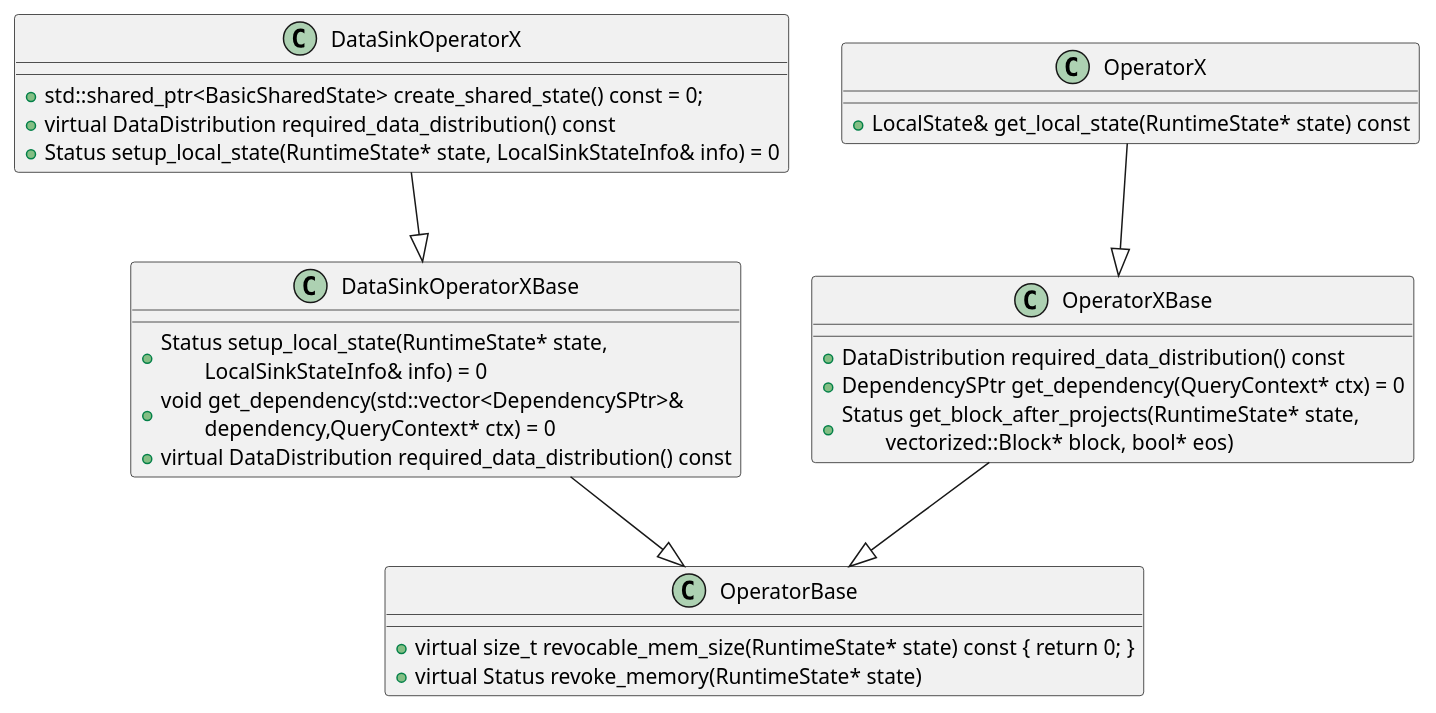
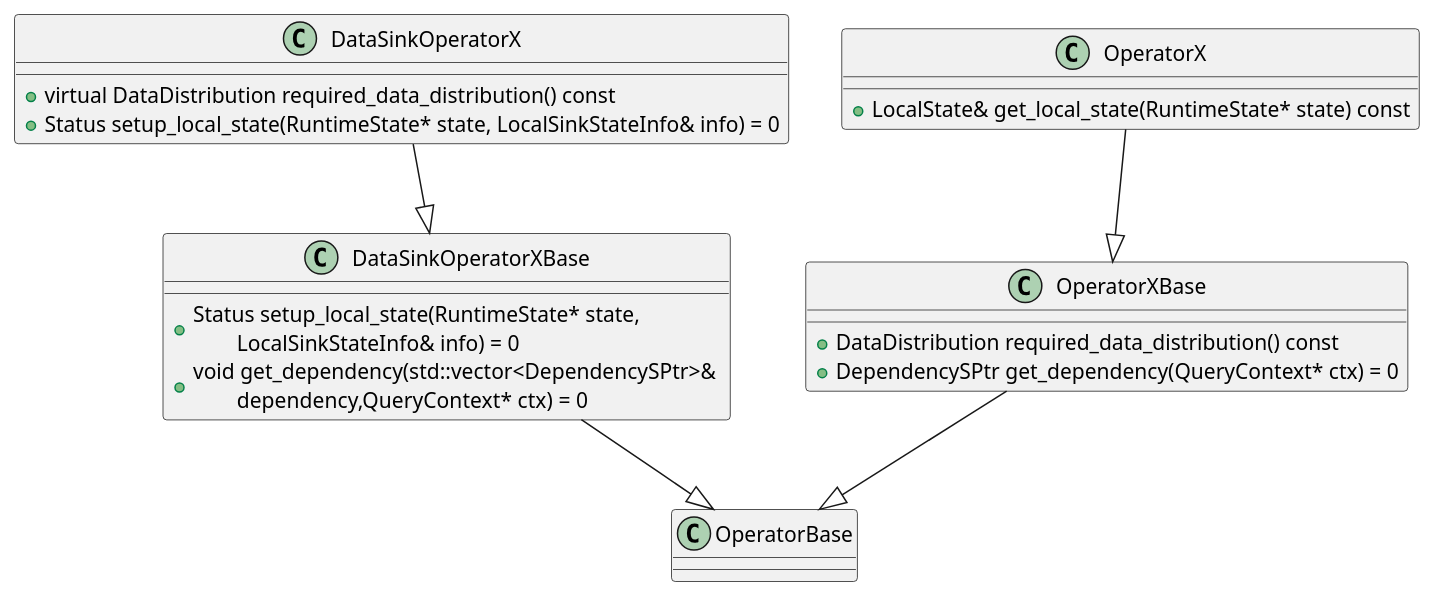
One commit to DepInjoy/geektime changed the second of 6 diagrams in doc/DB/Doris/SourceRead/11_04_Exec_OperatorX.md. Above: the diagram before and after it, drawn with PlantUML. The commit also changed other lines of this file and 2 other files, not shown here.

````diff
--- a/doc/DB/Doris/SourceRead/11_04_Exec_OperatorX.md
+++ b/doc/DB/Doris/SourceRead/11_04_Exec_OperatorX.md
@@ -3,37 +74,36 @@
 ```plantuml
 @startuml
 class DataSinkOperatorX {
-    + std::shared_ptr<BasicSharedState> create_shared_state() const = 0;
+    
     + virtual DataDistribution required_data_distribution() const
     + Status setup_local_state(RuntimeState* state, LocalSinkStateInfo& info) = 0
 }
 
 class DataSinkOperatorXBase {
     + Status setup_local_state(RuntimeState* state, \n\tLocalSinkStateInfo& info) = 0
     + void get_dependency(std::vector<DependencySPtr>& \n\tdependency,QueryContext* ctx) = 0
-    + virtual DataDistribution required_data_distribution() const
+    
 }
 
 class OperatorXBase {
     + DataDistribution required_data_distribution() const
     + DependencySPtr get_dependency(QueryContext* ctx) = 0
-    + Status get_block_after_projects(RuntimeState* state, \n\tvectorized::Block* block, bool* eos)
+    
 }
 
 class OperatorBase {
-    + virtual size_t revocable_mem_size(RuntimeState* state) const { return 0; }
-    + virtual Status revoke_memory(RuntimeState* state)
+
 }
 
 class OperatorX {
     + LocalState& get_local_state(RuntimeState* state) const 
 }
 DataSinkOperatorX -down-|> DataSinkOperatorXBase
 DataSinkOperatorXBase -down-|> OperatorBase
 
 OperatorX -down-|>OperatorXBase
 OperatorXBase -down-|> OperatorBase
 
 
 @enduml
 ```
````
